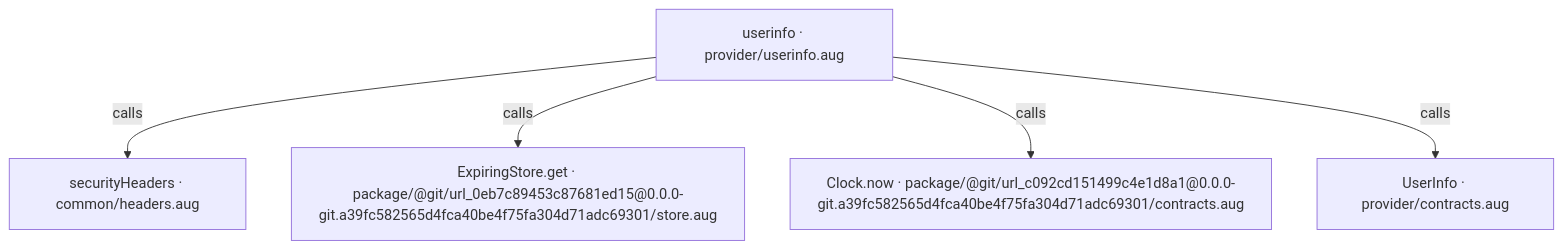
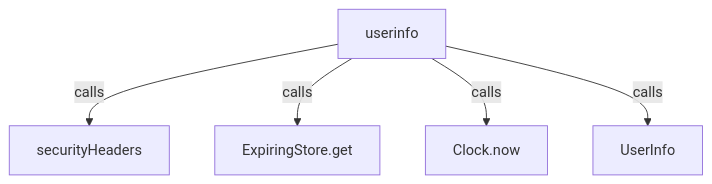
The second of 4 diagrams in docs/examples/oidc-login/provider/userinfo-diagrams.md (GreenPandaStudios/augscript), drawn with Mermaid before and after one commit. The commit also changed other lines of this file and 524 other files, not shown here.

Commit message:
Explain checked data flow at folder and service levels

````diff
--- a/docs/examples/oidc-login/provider/userinfo-diagrams.md
+++ b/docs/examples/oidc-login/provider/userinfo-diagrams.md
@@ -36,12 +34,12 @@
 ```mermaid
 flowchart TD
-    n0["securityHeaders · common/headers.aug"]
-    n1["ExpiringStore.get · package/@git/url_0eb7c89453c87681ed15@0.0.0-git.a39fc582565d4fca40be4f75fa304d71adc69301/store.aug"]
-    n2["Clock.now · package/@git/url_c092cd151499c4e1d8a1@0.0.0-git.a39fc582565d4fca40be4f75fa304d71adc69301/contracts.aug"]
-    n3["UserInfo · provider/contracts.aug"]
-    n4["userinfo · provider/userinfo.aug"]
+    n0["securityHeaders"]
+    n1["ExpiringStore.get"]
+    n2["Clock.now"]
+    n3["UserInfo"]
+    n4["userinfo"]
     n4 -->|"calls"| n0
     n4 -->|"calls"| n1
     n4 -->|"calls"| n2
     n4 -->|"calls"| n3
 ```
````
